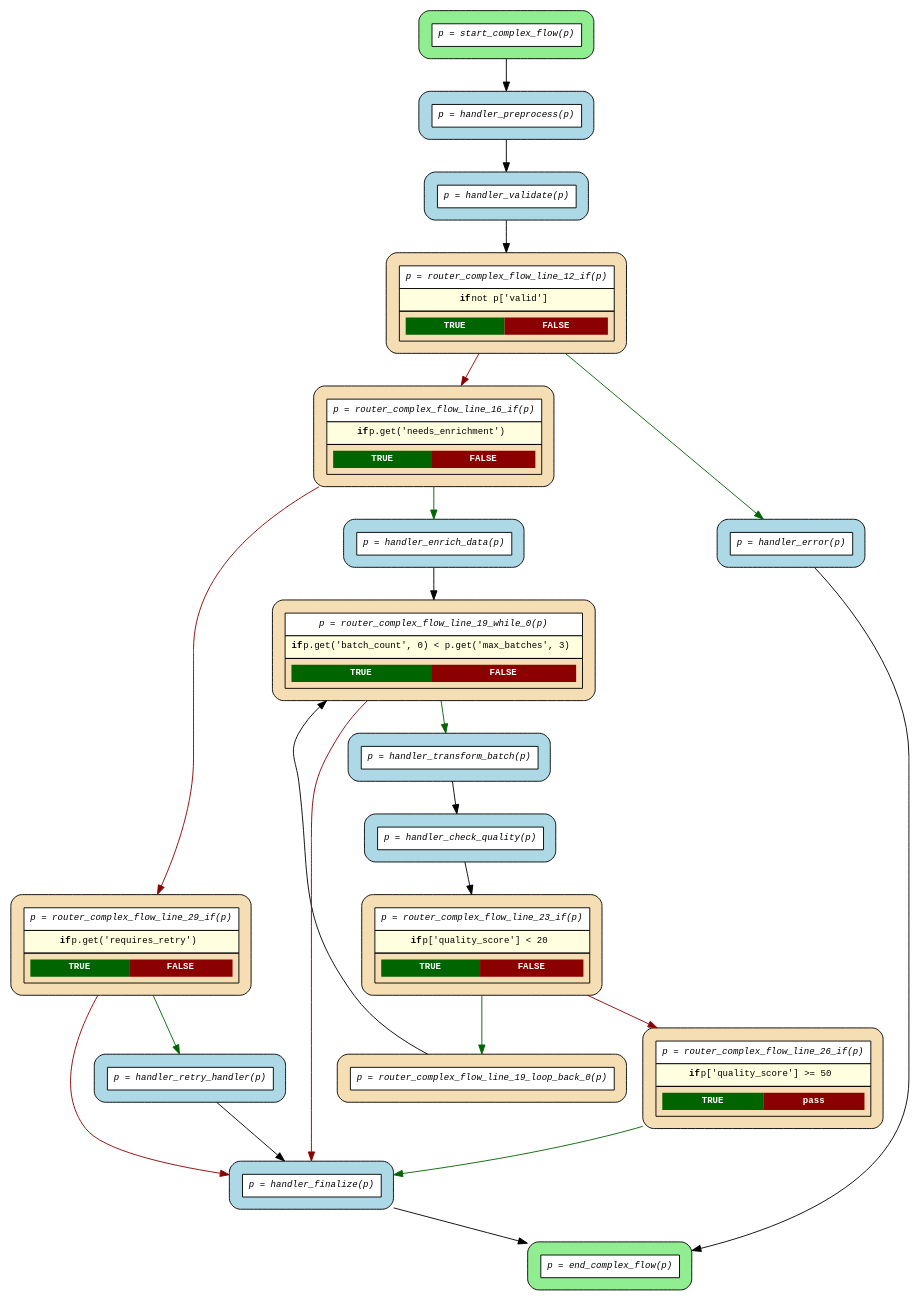
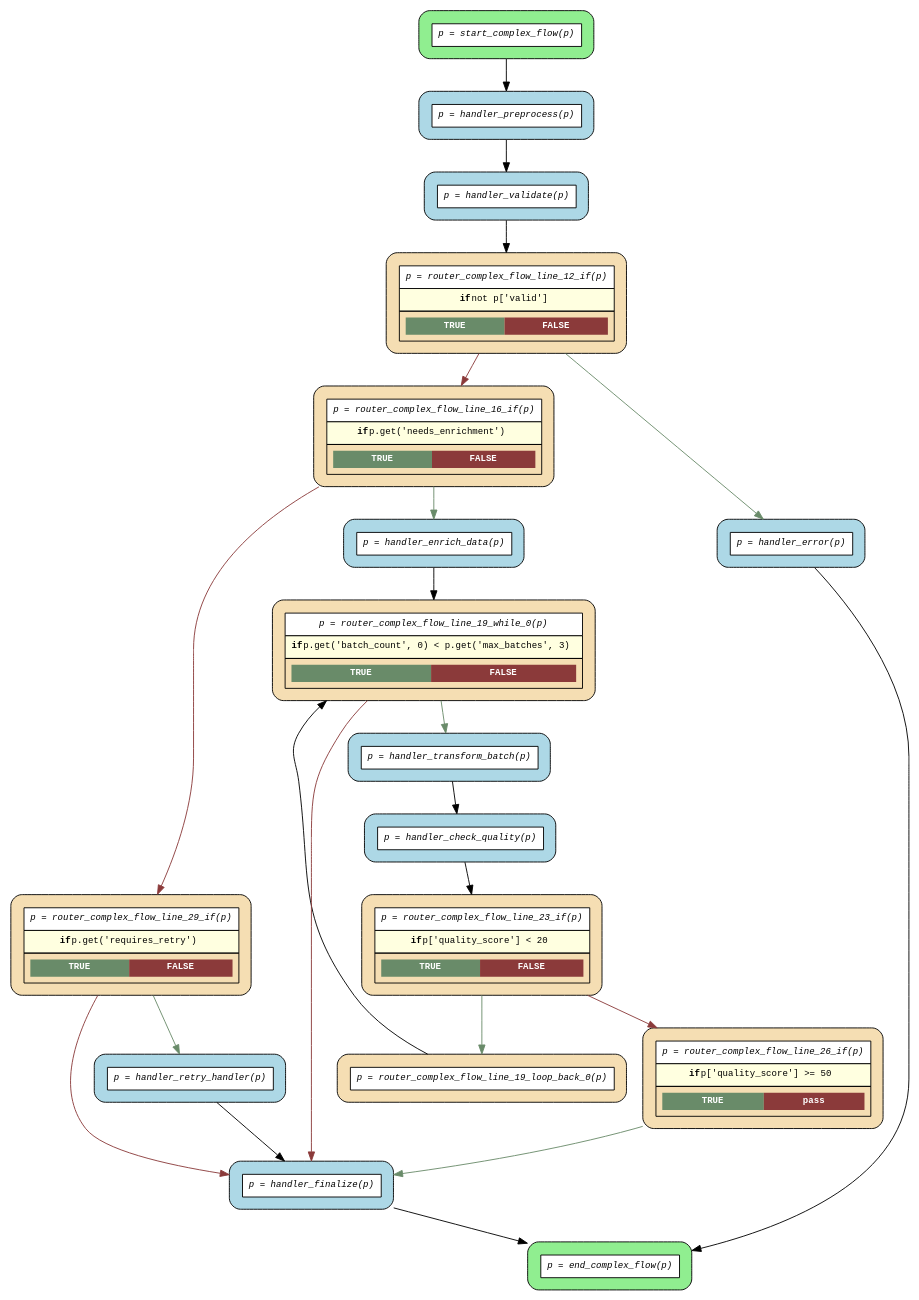
Before and after one commit to mrhillsman-enterprise-ai/asya: the diagram in examples/flows/compiled/complex_with_while/flow.dot, drawn with Graphviz. The commit also changed 83 other files, not shown here.

First line of the commit message:
feat(flow): add try-except-finally support to Flow DSL compiler (#185)

```diff
--- a/examples/flows/compiled/complex_with_while/flow.dot
+++ b/examples/flows/compiled/complex_with_while/flow.dot
@@ -1,46 +1,46 @@
 digraph flow {
   rankdir=TB;
   graph [fontname="Courier", fontsize=10];
   node [fontname="Courier", fontsize=10, shape=box, style="filled,rounded", margin="0.2"];
   edge [fontname="Courier", fontsize=10];
 
   start_complex_flow [fillcolor="lightgreen", label=<<table border="0" cellspacing="0" cellpadding="6" cellborder="1"><tr><td bgcolor="white" align="center"><i>p = start_complex_flow(p)</i></td></tr></table>>];
-  router_complex_flow_line_26_if [fillcolor="wheat", label=<<table border="0" cellspacing="0" cellpadding="6" cellborder="1"><tr><td bgcolor="white" align="center"><i>p = router_complex_flow_line_26_if(p)</i></td></tr><tr><td bgcolor="lightyellow"><b>if</b> p['quality_score'] &gt;= 50</td></tr><tr><td><table border="0" cellspacing="0" cellpadding="4"><tr><td bgcolor="darkgreen"><font color="white"><b>TRUE</b></font></td><td bgcolor="darkred"><font color="white"><b>pass</b></font></td></tr></table></td></tr></table>>];
-  router_complex_flow_line_23_if [fillcolor="wheat", label=<<table border="0" cellspacing="0" cellpadding="6" cellborder="1"><tr><td bgcolor="white" align="center"><i>p = router_complex_flow_line_23_if(p)</i></td></tr><tr><td bgcolor="lightyellow"><b>if</b> p['quality_score'] &lt; 20</td></tr><tr><td><table border="0" cellspacing="0" cellpadding="4"><tr><td bgcolor="darkgreen"><font color="white"><b>TRUE</b></font></td><td bgcolor="darkred"><font color="white"><b>FALSE</b></font></td></tr></table></td></tr></table>>];
+  router_complex_flow_line_26_if [fillcolor="wheat", label=<<table border="0" cellspacing="0" cellpadding="6" cellborder="1"><tr><td bgcolor="white" align="center"><i>p = router_complex_flow_line_26_if(p)</i></td></tr><tr><td bgcolor="lightyellow"><b>if</b> p['quality_score'] &gt;= 50</td></tr><tr><td><table border="0" cellspacing="0" cellpadding="4"><tr><td bgcolor="darkseagreen4"><font color="white"><b>TRUE</b></font></td><td bgcolor="indianred4"><font color="white"><b>pass</b></font></td></tr></table></td></tr></table>>];
+  router_complex_flow_line_23_if [fillcolor="wheat", label=<<table border="0" cellspacing="0" cellpadding="6" cellborder="1"><tr><td bgcolor="white" align="center"><i>p = router_complex_flow_line_23_if(p)</i></td></tr><tr><td bgcolor="lightyellow"><b>if</b> p['quality_score'] &lt; 20</td></tr><tr><td><table border="0" cellspacing="0" cellpadding="4"><tr><td bgcolor="darkseagreen4"><font color="white"><b>TRUE</b></font></td><td bgcolor="indianred4"><font color="white"><b>FALSE</b></font></td></tr></table></td></tr></table>>];
   router_complex_flow_line_19_loop_back_0 [fillcolor="wheat", label=<<table border="0" cellspacing="0" cellpadding="6" cellborder="1"><tr><td bgcolor="white" align="center"><i>p = router_complex_flow_line_19_loop_back_0(p)</i></td></tr></table>>];
-  router_complex_flow_line_19_while_0 [fillcolor="wheat", label=<<table border="0" cellspacing="0" cellpadding="6" cellborder="1"><tr><td bgcolor="white" align="center"><i>p = router_complex_flow_line_19_while_0(p)</i></td></tr><tr><td bgcolor="lightyellow"><b>if</b> p.get('batch_count', 0) &lt; p.get('max_batches', 3)</td></tr><tr><td><table border="0" cellspacing="0" cellpadding="4"><tr><td bgcolor="darkgreen"><font color="white"><b>TRUE</b></font></td><td bgcolor="darkred"><font color="white"><b>FALSE</b></font></td></tr></table></td></tr></table>>];
-  router_complex_flow_line_29_if [fillcolor="wheat", label=<<table border="0" cellspacing="0" cellpadding="6" cellborder="1"><tr><td bgcolor="white" align="center"><i>p = router_complex_flow_line_29_if(p)</i></td></tr><tr><td bgcolor="lightyellow"><b>if</b> p.get('requires_retry')</td></tr><tr><td><table border="0" cellspacing="0" cellpadding="4"><tr><td bgcolor="darkgreen"><font color="white"><b>TRUE</b></font></td><td bgcolor="darkred"><font color="white"><b>FALSE</b></font></td></tr></table></td></tr></table>>];
-  router_complex_flow_line_16_if [fillcolor="wheat", label=<<table border="0" cellspacing="0" cellpadding="6" cellborder="1"><tr><td bgcolor="white" align="center"><i>p = router_complex_flow_line_16_if(p)</i></td></tr><tr><td bgcolor="lightyellow"><b>if</b> p.get('needs_enrichment')</td></tr><tr><td><table border="0" cellspacing="0" cellpadding="4"><tr><td bgcolor="darkgreen"><font color="white"><b>TRUE</b></font></td><td bgcolor="darkred"><font color="white"><b>FALSE</b></font></td></tr></table></td></tr></table>>];
-  router_complex_flow_line_12_if [fillcolor="wheat", label=<<table border="0" cellspacing="0" cellpadding="6" cellborder="1"><tr><td bgcolor="white" align="center"><i>p = router_complex_flow_line_12_if(p)</i></td></tr><tr><td bgcolor="lightyellow"><b>if</b> not p['valid']</td></tr><tr><td><table border="0" cellspacing="0" cellpadding="4"><tr><td bgcolor="darkgreen"><font color="white"><b>TRUE</b></font></td><td bgcolor="darkred"><font color="white"><b>FALSE</b></font></td></tr></table></td></tr></table>>];
+  router_complex_flow_line_19_while_0 [fillcolor="wheat", label=<<table border="0" cellspacing="0" cellpadding="6" cellborder="1"><tr><td bgcolor="white" align="center"><i>p = router_complex_flow_line_19_while_0(p)</i></td></tr><tr><td bgcolor="lightyellow"><b>if</b> p.get('batch_count', 0) &lt; p.get('max_batches', 3)</td></tr><tr><td><table border="0" cellspacing="0" cellpadding="4"><tr><td bgcolor="darkseagreen4"><font color="white"><b>TRUE</b></font></td><td bgcolor="indianred4"><font color="white"><b>FALSE</b></font></td></tr></table></td></tr></table>>];
+  router_complex_flow_line_29_if [fillcolor="wheat", label=<<table border="0" cellspacing="0" cellpadding="6" cellborder="1"><tr><td bgcolor="white" align="center"><i>p = router_complex_flow_line_29_if(p)</i></td></tr><tr><td bgcolor="lightyellow"><b>if</b> p.get('requires_retry')</td></tr><tr><td><table border="0" cellspacing="0" cellpadding="4"><tr><td bgcolor="darkseagreen4"><font color="white"><b>TRUE</b></font></td><td bgcolor="indianred4"><font color="white"><b>FALSE</b></font></td></tr></table></td></tr></table>>];
+  router_complex_flow_line_16_if [fillcolor="wheat", label=<<table border="0" cellspacing="0" cellpadding="6" cellborder="1"><tr><td bgcolor="white" align="center"><i>p = router_complex_flow_line_16_if(p)</i></td></tr><tr><td bgcolor="lightyellow"><b>if</b> p.get('needs_enrichment')</td></tr><tr><td><table border="0" cellspacing="0" cellpadding="4"><tr><td bgcolor="darkseagreen4"><font color="white"><b>TRUE</b></font></td><td bgcolor="indianred4"><font color="white"><b>FALSE</b></font></td></tr></table></td></tr></table>>];
+  router_complex_flow_line_12_if [fillcolor="wheat", label=<<table border="0" cellspacing="0" cellpadding="6" cellborder="1"><tr><td bgcolor="white" align="center"><i>p = router_complex_flow_line_12_if(p)</i></td></tr><tr><td bgcolor="lightyellow"><b>if</b> not p['valid']</td></tr><tr><td><table border="0" cellspacing="0" cellpadding="4"><tr><td bgcolor="darkseagreen4"><font color="white"><b>TRUE</b></font></td><td bgcolor="indianred4"><font color="white"><b>FALSE</b></font></td></tr></table></td></tr></table>>];
   end_complex_flow [fillcolor="lightgreen", label=<<table border="0" cellspacing="0" cellpadding="6" cellborder="1"><tr><td bgcolor="white" align="center"><i>p = end_complex_flow(p)</i></td></tr></table>>];
   handler_check_quality [fillcolor="lightblue", label=<<table border="0" cellspacing="0" cellpadding="6" cellborder="1"><tr><td bgcolor="white" align="center"><i>p = handler_check_quality(p)</i></td></tr></table>>];
   handler_enrich_data [fillcolor="lightblue", label=<<table border="0" cellspacing="0" cellpadding="6" cellborder="1"><tr><td bgcolor="white" align="center"><i>p = handler_enrich_data(p)</i></td></tr></table>>];
   handler_error [fillcolor="lightblue", label=<<table border="0" cellspacing="0" cellpadding="6" cellborder="1"><tr><td bgcolor="white" align="center"><i>p = handler_error(p)</i></td></tr></table>>];
   handler_finalize [fillcolor="lightblue", label=<<table border="0" cellspacing="0" cellpadding="6" cellborder="1"><tr><td bgcolor="white" align="center"><i>p = handler_finalize(p)</i></td></tr></table>>];
   handler_preprocess [fillcolor="lightblue", label=<<table border="0" cellspacing="0" cellpadding="6" cellborder="1"><tr><td bgcolor="white" align="center"><i>p = handler_preprocess(p)</i></td></tr></table>>];
   handler_retry_handler [fillcolor="lightblue", label=<<table border="0" cellspacing="0" cellpadding="6" cellborder="1"><tr><td bgcolor="white" align="center"><i>p = handler_retry_handler(p)</i></td></tr></table>>];
   handler_transform_batch [fillcolor="lightblue", label=<<table border="0" cellspacing="0" cellpadding="6" cellborder="1"><tr><td bgcolor="white" align="center"><i>p = handler_transform_batch(p)</i></td></tr></table>>];
   handler_validate [fillcolor="lightblue", label=<<table border="0" cellspacing="0" cellpadding="6" cellborder="1"><tr><td bgcolor="white" align="center"><i>p = handler_validate(p)</i></td></tr></table>>];
 
   handler_check_quality -> router_complex_flow_line_23_if;
   handler_enrich_data -> router_complex_flow_line_19_while_0;
   handler_error -> end_complex_flow;
   handler_finalize -> end_complex_flow;
   handler_preprocess -> handler_validate;
   handler_retry_handler -> handler_finalize;
   handler_transform_batch -> handler_check_quality;
   handler_validate -> router_complex_flow_line_12_if;
-  router_complex_flow_line_12_if -> handler_error [color=darkgreen];
-  router_complex_flow_line_12_if -> router_complex_flow_line_16_if [color=darkred];
-  router_complex_flow_line_16_if -> handler_enrich_data [color=darkgreen];
-  router_complex_flow_line_16_if -> router_complex_flow_line_29_if [color=darkred];
+  router_complex_flow_line_12_if -> handler_error [color=darkseagreen4];
+  router_complex_flow_line_12_if -> router_complex_flow_line_16_if [color=indianred4];
+  router_complex_flow_line_16_if -> handler_enrich_data [color=darkseagreen4];
+  router_complex_flow_line_16_if -> router_complex_flow_line_29_if [color=indianred4];
   router_complex_flow_line_19_loop_back_0 -> router_complex_flow_line_19_while_0 [constraint=false];
-  router_complex_flow_line_19_while_0 -> handler_finalize [color=darkred];
-  router_complex_flow_line_19_while_0 -> handler_transform_batch [color=darkgreen];
-  router_complex_flow_line_23_if -> router_complex_flow_line_19_loop_back_0 [color=darkgreen];
-  router_complex_flow_line_23_if -> router_complex_flow_line_26_if [color=darkred];
-  router_complex_flow_line_26_if -> handler_finalize [color=darkgreen];
-  router_complex_flow_line_29_if -> handler_finalize [color=darkred];
-  router_complex_flow_line_29_if -> handler_retry_handler [color=darkgreen];
+  router_complex_flow_line_19_while_0 -> handler_finalize [color=indianred4];
+  router_complex_flow_line_19_while_0 -> handler_transform_batch [color=darkseagreen4];
+  router_complex_flow_line_23_if -> router_complex_flow_line_19_loop_back_0 [color=darkseagreen4];
+  router_complex_flow_line_23_if -> router_complex_flow_line_26_if [color=indianred4];
+  router_complex_flow_line_26_if -> handler_finalize [color=darkseagreen4];
+  router_complex_flow_line_29_if -> handler_finalize [color=indianred4];
+  router_complex_flow_line_29_if -> handler_retry_handler [color=darkseagreen4];
   start_complex_flow -> handler_preprocess;
 }
```
